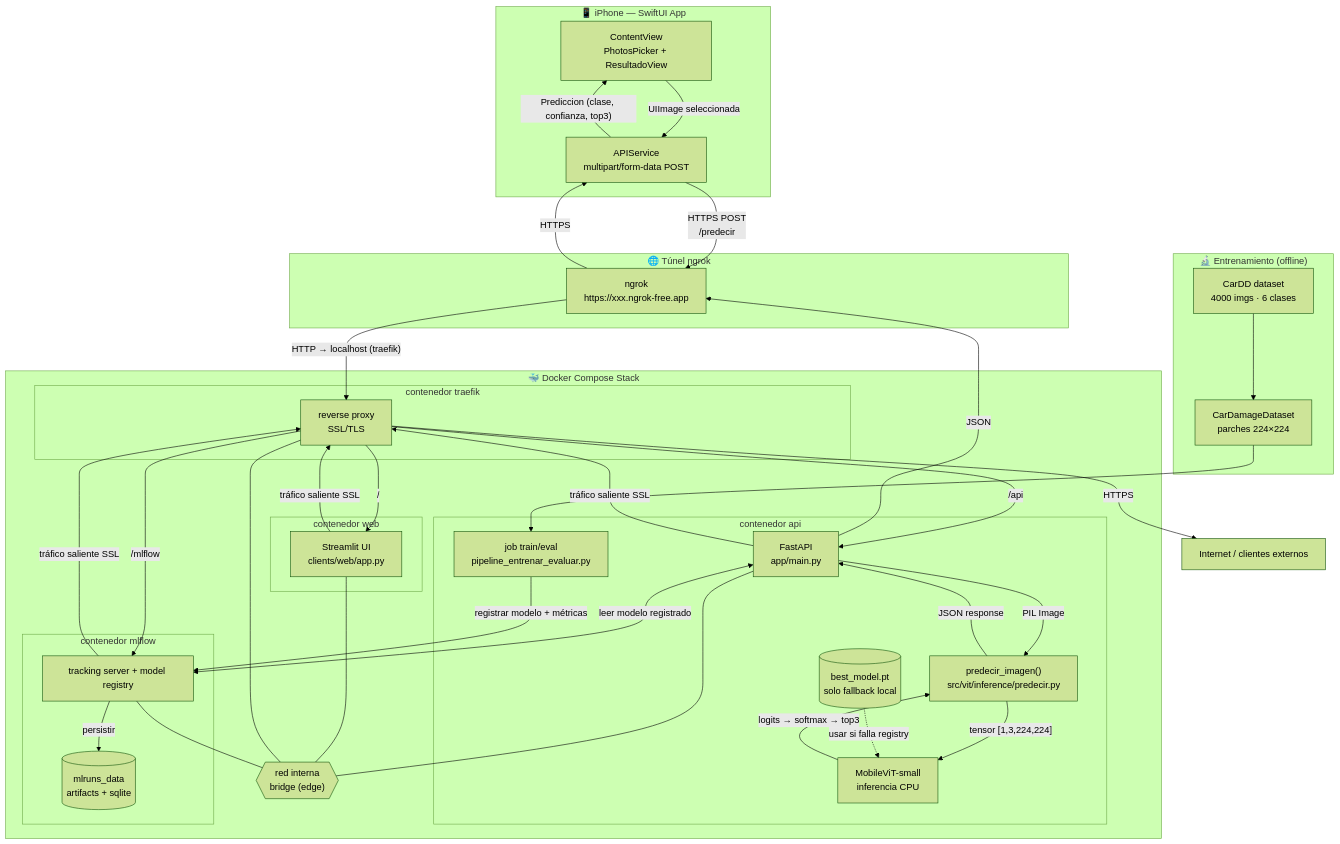
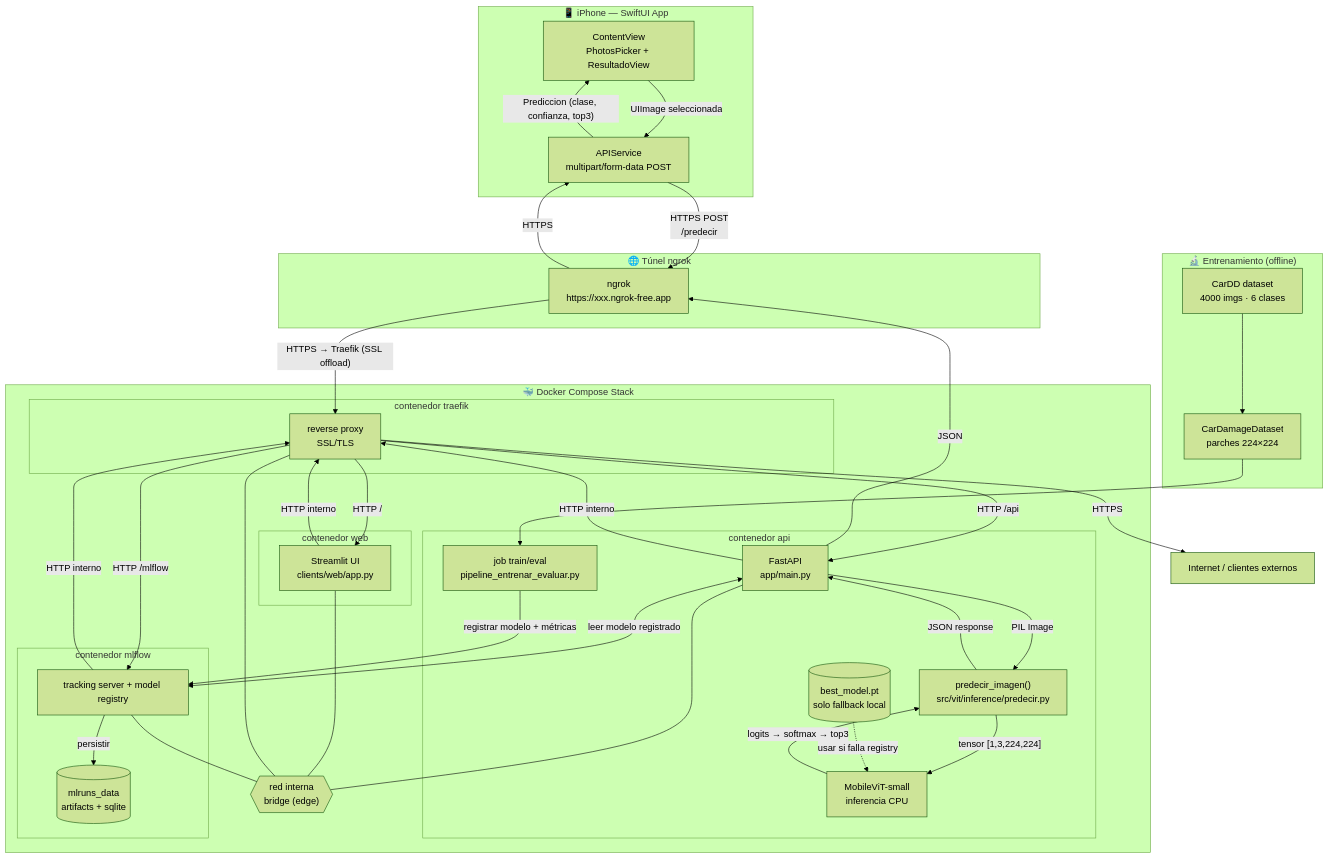
The first of 3 diagrams in README.md (matiastripode/car-damage-vit), drawn with Mermaid (forest theme) before and after one commit. The commit also changed other lines of this file, not shown here.

````diff
--- a/README.md
+++ b/README.md
@@ -9,75 +9,75 @@
 ```mermaid
 graph TB
     subgraph iPhone["📱 iPhone — SwiftUI App"]
         UI["ContentView\nPhotosPicker + ResultadoView"]
         SVC["APIService\nmultipart/form-data POST"]
         UI -->|"UIImage seleccionada"| SVC
         SVC -->|"Prediccion (clase, confianza, top3)"| UI
     end
 
     subgraph Tunnel["🌐 Túnel ngrok"]
         NG["ngrok\nhttps://xxx.ngrok-free.app"]
     end
 
     subgraph Backend["🐳 Docker Compose Stack"]
         NET{{"red interna\nbridge (edge)"}}
 
         subgraph C_TRF["contenedor traefik"]
             TRF["reverse proxy\nSSL/TLS"]
         end
 
         subgraph C_WEB["contenedor web"]
             WEB["Streamlit UI\nclients/web/app.py"]
         end
 
         subgraph C_API["contenedor api"]
             API["FastAPI\napp/main.py"]
             INF["predecir_imagen()\nsrc/vit/inference/predecir.py"]
             MDL["MobileViT-small\ninferencia CPU"]
             CKPT[("best_model.pt\nsolo fallback local")]
             TRN["job train/eval\npipeline_entrenar_evaluar.py"]
         end
 
         subgraph C_MLF["contenedor mlflow"]
             MLF["tracking server + model registry"]
             VOL[("mlruns_data\nartifacts + sqlite")]
         end
 
         WEB --- NET
         API --- NET
         MLF --- NET
         TRF --- NET
 
-        TRF -->|"/"| WEB
-        TRF -->|"/api"| API
-        TRF -->|"/mlflow"| MLF
+        TRF -->|"HTTP /"| WEB
+        TRF -->|"HTTP /api"| API
+        TRF -->|"HTTP /mlflow"| MLF
 
         API -->|"PIL Image"| INF
         INF -->|"tensor [1,3,224,224]"| MDL
         CKPT -.->|"usar si falla registry"| MDL
         MDL -->|"logits → softmax → top3"| INF
         INF -->|"JSON response"| API
 
         API <-->|"leer modelo registrado"| MLF
         TRN -->|"registrar modelo + métricas"| MLF
         MLF -->|"persistir"| VOL
     end
 
     subgraph Training["🔬 Entrenamiento (offline)"]
         DS["CarDD dataset\n4000 imgs · 6 clases"]
         PATCH["CarDamageDataset\nparches 224×224"]
         DS --> PATCH --> TRN
     end
 
     EXT["Internet / clientes externos"]
 
     SVC -->|"HTTPS POST\n/predecir"| NG
-    NG -->|"HTTP → localhost (traefik)"| TRF
+    NG -->|"HTTPS → Traefik (SSL offload)"| TRF
     API -->|"JSON"| NG
     NG -->|"HTTPS"| SVC
 
-    WEB -->|"tráfico saliente SSL"| TRF
-    API -->|"tráfico saliente SSL"| TRF
-    MLF -->|"tráfico saliente SSL"| TRF
+    WEB -->|"HTTP interno"| TRF
+    API -->|"HTTP interno"| TRF
+    MLF -->|"HTTP interno"| TRF
     TRF -->|"HTTPS"| EXT
 ```
````
